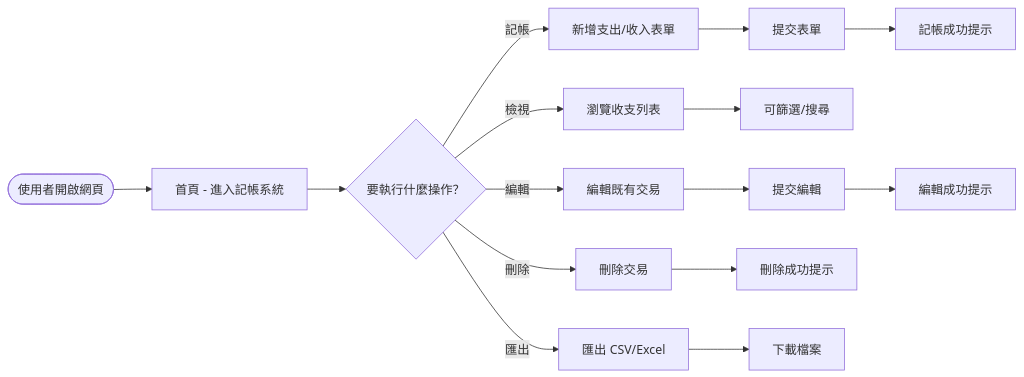
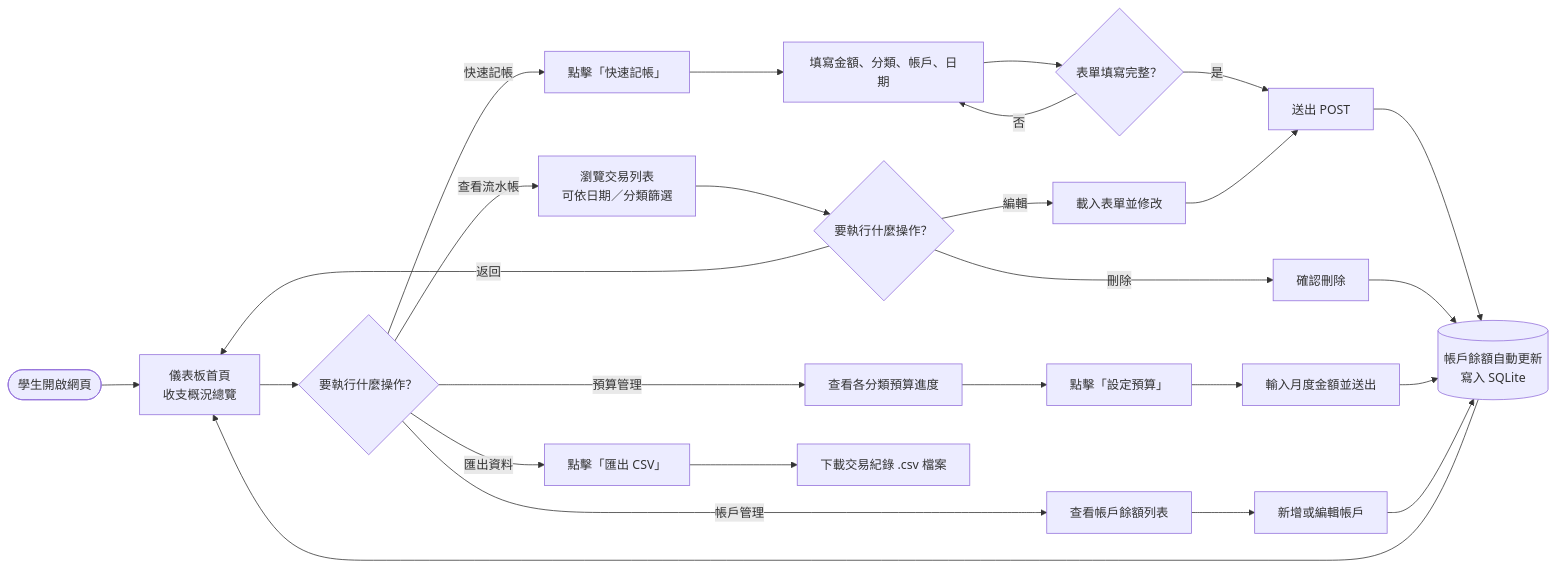
The first of 4 diagrams in docs/FLOWCHART.md (d1463704/web_app_development), drawn with Mermaid before and after one commit. The commit also changed other lines of this file, not shown here.

Commit message:
docs: add user flowchart

````diff
--- a/docs/FLOWCHART.md
+++ b/docs/FLOWCHART.md
@@ -9,17 +7,34 @@
 ```mermaid
 flowchart LR
-    A([使用者開啟網頁]) --> B[首頁 - 進入記帳系統]
+    A([學生開啟網頁]) --> B[儀表板首頁\n收支概況總覽]
+
     B --> C{要執行什麼操作？}
-    C -->|記帳| D[新增支出/收入表單]
-    D --> E[提交表單]
-    E --> F[記帳成功提示]
-    C -->|檢視| G[瀏覽收支列表]
-    G --> H[可篩選/搜尋]
-    C -->|編輯| I[編輯既有交易]
-    I --> J[提交編輯]
-    J --> K[編輯成功提示]
-    C -->|刪除| L[刪除交易]
-    L --> M[刪除成功提示]
-    C -->|匯出| N[匯出 CSV/Excel]
-    N --> O[下載檔案]
+
+    C -->|快速記帳| D[點擊「快速記帳」]
+    D --> E[填寫金額、分類、帳戶、日期]
+    E --> F{表單填寫完整？}
+    F -->|否| E
+    F -->|是| G[送出 POST]
+    G --> H[(帳戶餘額自動更新\n寫入 SQLite)]
+    H --> B
+
+    C -->|查看流水帳| I[瀏覽交易列表\n可依日期／分類篩選]
+    I --> J{要執行什麼操作？}
+    J -->|編輯| K[載入表單並修改]
+    K --> G
+    J -->|刪除| L[確認刪除]
+    L --> H
+    J -->|返回| B
+
+    C -->|預算管理| M[查看各分類預算進度]
+    M --> N[點擊「設定預算」]
+    N --> O[輸入月度金額並送出]
+    O --> H
+
+    C -->|帳戶管理| P[查看帳戶餘額列表]
+    P --> Q[新增或編輯帳戶]
+    Q --> H
+
+    C -->|匯出資料| R[點擊「匯出 CSV」]
+    R --> S[下載交易紀錄 .csv 檔案]
 ```
````
